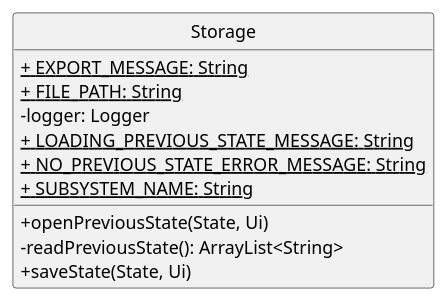
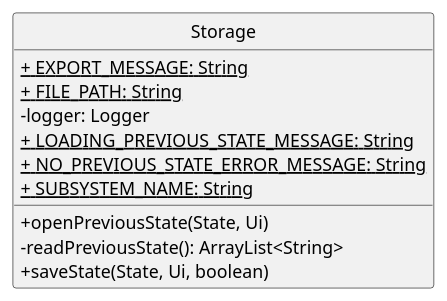
Before and after one commit to nus-cs2113-AY2223S1/tp: the diagram in docs/UMLdiagrams/storageClass.puml, drawn with PlantUML. The commit also changed 4 other files, not shown here.

```diff
--- a/docs/UMLdiagrams/storageClass.puml
+++ b/docs/UMLdiagrams/storageClass.puml
@@ -1,18 +1,18 @@
 @startuml
 'https://plantuml.com/class-diagram
 hide circle
 skinparam classAttributeIconSize 0
 
 class Storage {
     <u>+ EXPORT_MESSAGE: String
     <u>+ FILE_PATH: String
     - logger: Logger
     <u>+ LOADING_PREVIOUS_STATE_MESSAGE: String
     <u>+ NO_PREVIOUS_STATE_ERROR_MESSAGE: String
     <u>+ SUBSYSTEM_NAME: String
 
     + openPreviousState(State, Ui)
     - readPreviousState(): ArrayList<String>
-    + saveState(State, Ui)
+    + saveState(State, Ui, boolean)
 }
 @enduml
```
